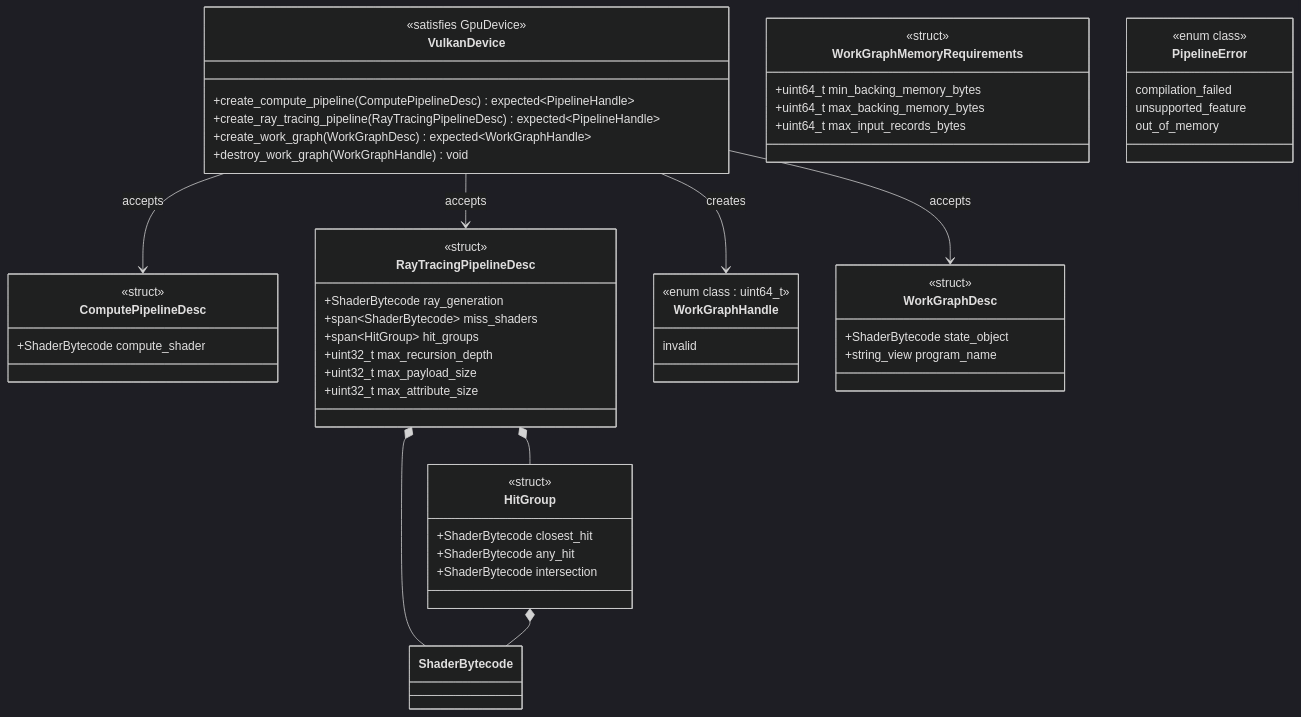
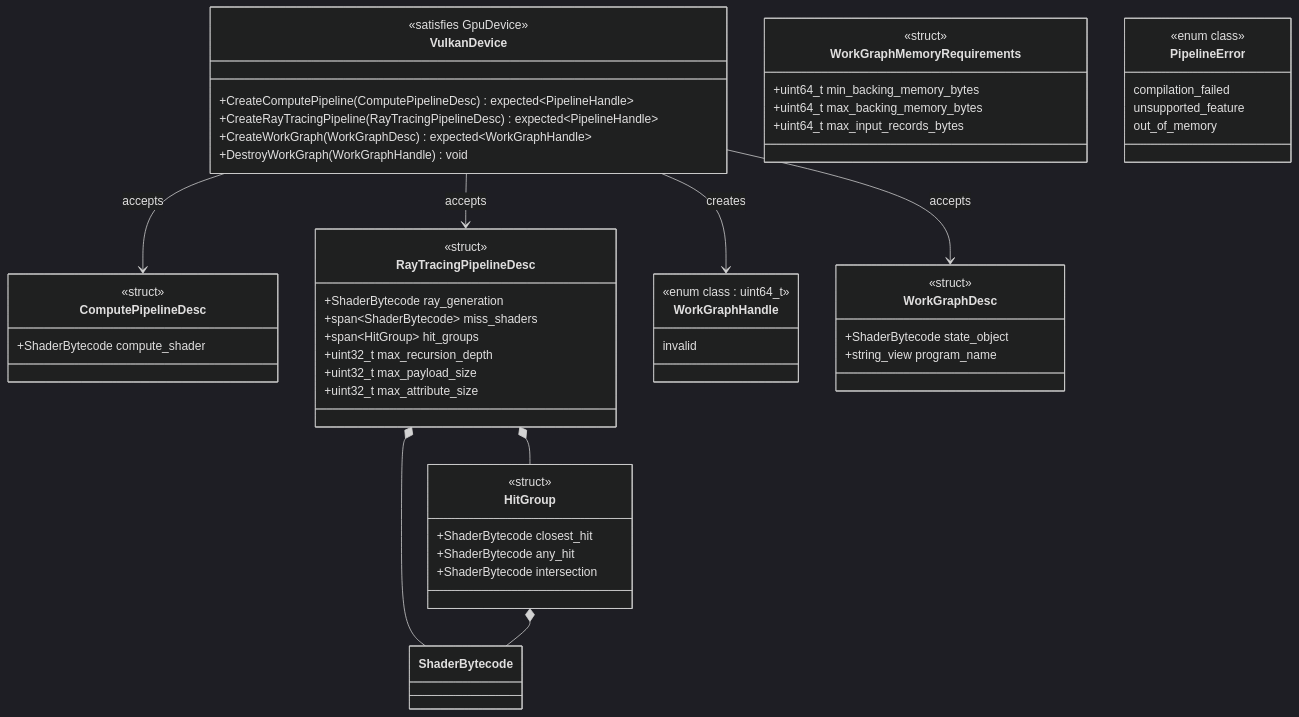
Before and after one commit to harmonius-dev/harmonius: diagram 21 of 34 in docs/design/gpu-backend-vulkan-classes.md, drawn with Mermaid (dark theme). The commit also changed other lines of this file and 67 other files, not shown here.

````diff
--- a/docs/design/gpu-backend-vulkan-classes.md
+++ b/docs/design/gpu-backend-vulkan-classes.md
@@ -1069,58 +1069,58 @@
 ```mermaid
 classDiagram
     class VulkanDevice {
         <<satisfies GpuDevice>>
-        +create_compute_pipeline(ComputePipelineDesc) expected~PipelineHandle~
-        +create_ray_tracing_pipeline(RayTracingPipelineDesc) expected~PipelineHandle~
-        +create_work_graph(WorkGraphDesc) expected~WorkGraphHandle~
-        +destroy_work_graph(WorkGraphHandle) void
+        +CreateComputePipeline(ComputePipelineDesc) expected~PipelineHandle~
+        +CreateRayTracingPipeline(RayTracingPipelineDesc) expected~PipelineHandle~
+        +CreateWorkGraph(WorkGraphDesc) expected~WorkGraphHandle~
+        +DestroyWorkGraph(WorkGraphHandle) void
     }
     class ComputePipelineDesc {
         <<struct>>
         +ShaderBytecode compute_shader
     }
     class RayTracingPipelineDesc {
         <<struct>>
         +ShaderBytecode ray_generation
         +span~ShaderBytecode~ miss_shaders
         +span~HitGroup~ hit_groups
         +uint32_t max_recursion_depth
         +uint32_t max_payload_size
         +uint32_t max_attribute_size
     }
     class HitGroup {
         <<struct>>
         +ShaderBytecode closest_hit
         +ShaderBytecode any_hit
         +ShaderBytecode intersection
     }
     class WorkGraphHandle {
         <<enum class : uint64_t>>
         invalid
     }
     class WorkGraphDesc {
         <<struct>>
         +ShaderBytecode state_object
         +string_view program_name
     }
     class WorkGraphMemoryRequirements {
         <<struct>>
         +uint64_t min_backing_memory_bytes
         +uint64_t max_backing_memory_bytes
         +uint64_t max_input_records_bytes
     }
     class PipelineError {
         <<enum class>>
         compilation_failed
         unsupported_feature
         out_of_memory
     }
 
     VulkanDevice --> ComputePipelineDesc : accepts
     VulkanDevice --> RayTracingPipelineDesc : accepts
     VulkanDevice --> WorkGraphDesc : accepts
     VulkanDevice --> WorkGraphHandle : creates
     RayTracingPipelineDesc *-- HitGroup
     RayTracingPipelineDesc *-- ShaderBytecode
     HitGroup *-- ShaderBytecode
 ```
````
